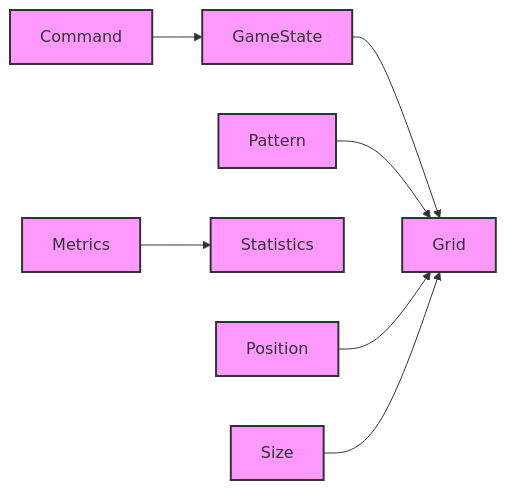
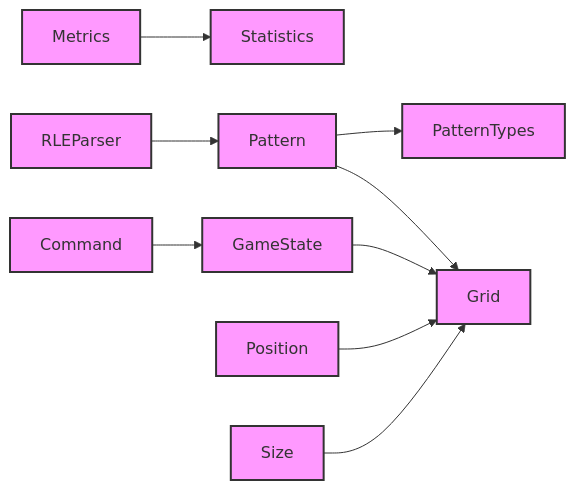
The fourth of 4 diagrams in docs/diagrams.md (dewe/py-gol), drawn with Mermaid before and after one commit. The commit also changed other lines of this file and 4 other files, not shown here.

````diff
--- a/docs/diagrams.md
+++ b/docs/diagrams.md
@@ -93,12 +97,15 @@
 ```mermaid
 graph LR
     GameState --> Grid
     Pattern --> Grid
+    Pattern --> PatternTypes
     Command --> GameState
     Metrics --> Statistics
     Position --> Grid
     Size --> Grid
+    RLEParser --> Pattern
     
     classDef type fill:#f9f,stroke:#333,stroke-width:2px
-    class GameState,Grid,Pattern,Command,Metrics,Statistics,Position,Size type
+    class GameState,Grid,Pattern,Command,Metrics,Statistics type
+    class Position,Size,PatternTypes,RLEParser type
 ```
````
